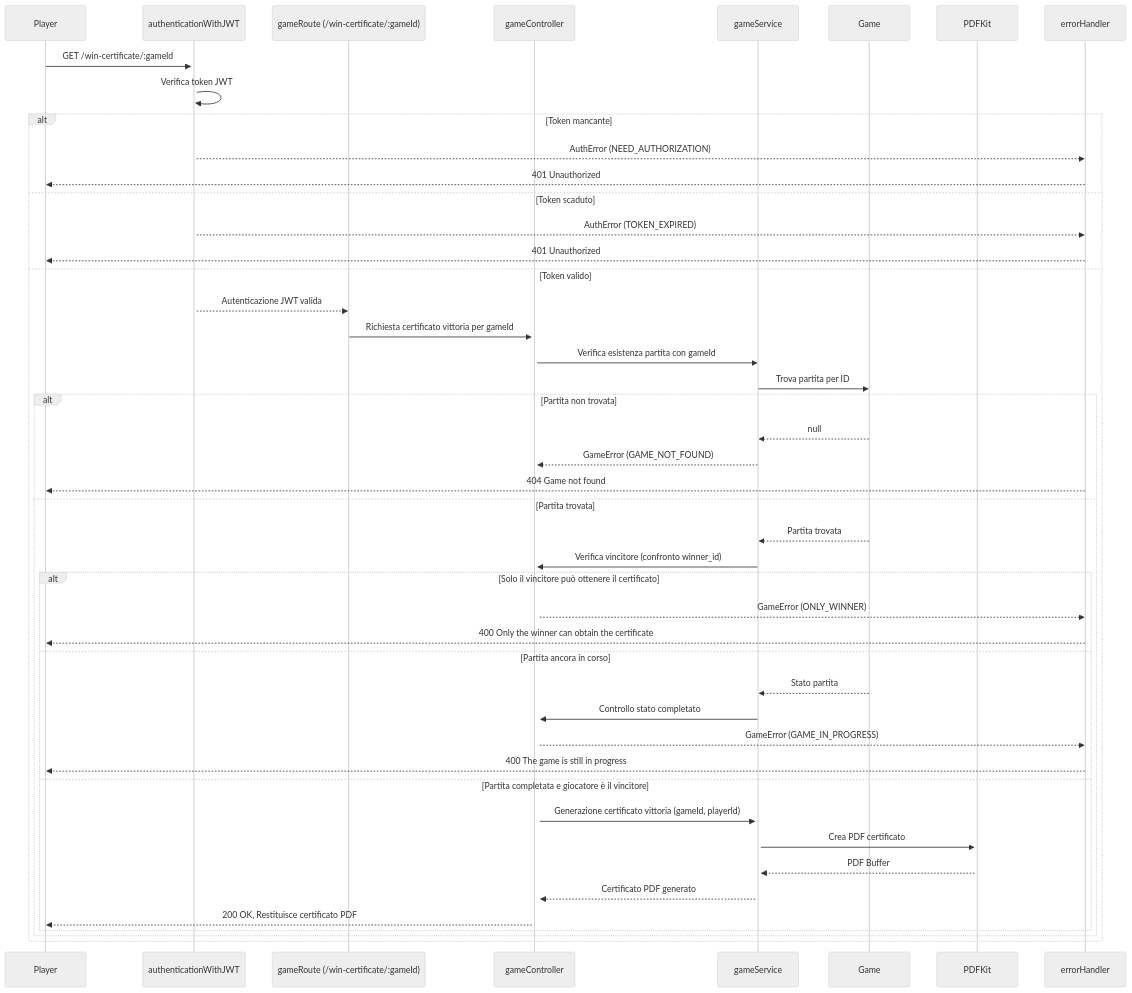
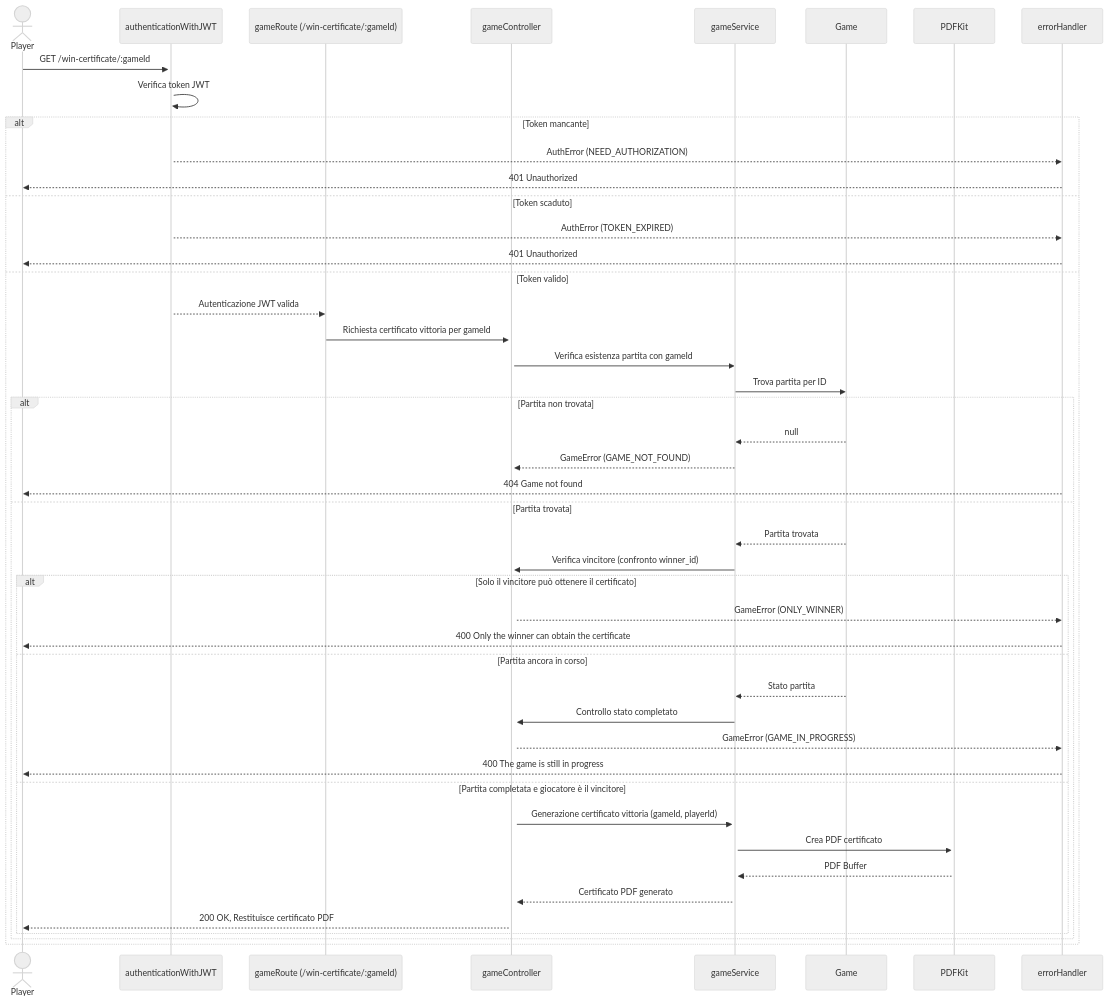
One commit to AndreaMarini01/progetto_PA changed diagram 11 of 12 in README.md. Above: the diagram before and after it, drawn with Mermaid (neutral theme).

````diff
--- a/README.md
+++ b/README.md
@@ -677,55 +677,55 @@
 ```mermaid
 sequenceDiagram
-    participant Player as Player
+    actor Player as Player
     participant JWTMiddleware as authenticationWithJWT
     participant GameRoute as gameRoute (/win-certificate/:gameId)
     participant Controller as gameController
     participant Service as gameService
     participant Model as Game
     participant PDFGenerator as PDFKit
     participant ErrorHandler as errorHandler
 
     Player->>+JWTMiddleware: GET /win-certificate/:gameId
     JWTMiddleware->>JWTMiddleware: Verifica token JWT
 
     alt Token mancante
         JWTMiddleware-->>ErrorHandler: AuthError (NEED_AUTHORIZATION)
         ErrorHandler-->>Player: 401 Unauthorized
     else Token scaduto
         JWTMiddleware-->>ErrorHandler: AuthError (TOKEN_EXPIRED)
         ErrorHandler-->>Player: 401 Unauthorized
     else Token valido
         JWTMiddleware-->>GameRoute: Autenticazione JWT valida
         GameRoute->>+Controller: Richiesta certificato vittoria per gameId
 
         Controller->>Service: Verifica esistenza partita con gameId
         Service->>Model: Trova partita per ID
 
         alt Partita non trovata
             Model-->>Service: null
             Service-->>Controller: GameError (GAME_NOT_FOUND)
             ErrorHandler-->>Player: 404 Game not found
         else Partita trovata
             Model-->>Service: Partita trovata
             Service->>+Controller: Verifica vincitore (confronto winner_id)
 
             alt Solo il vincitore può ottenere il certificato
                 Controller-->>ErrorHandler: GameError (ONLY_WINNER)
                 ErrorHandler-->>Player: 400 Only the winner can obtain the certificate
             else Partita ancora in corso
                 Model-->>Service: Stato partita
                 Service->>Controller: Controllo stato completato
                 Controller-->>ErrorHandler: GameError (GAME_IN_PROGRESS)
                 ErrorHandler-->>Player: 400 The game is still in progress
             else Partita completata e giocatore è il vincitore
                 Controller->>+Service: Generazione certificato vittoria (gameId, playerId)
                 Service->>+PDFGenerator: Crea PDF certificato
                 PDFGenerator-->>Service: PDF Buffer
                 Service-->>Controller: Certificato PDF generato
 
                 Controller-->>Player: 200 OK, Restituisce certificato PDF
             end
         end
     end
 
 ```
````
